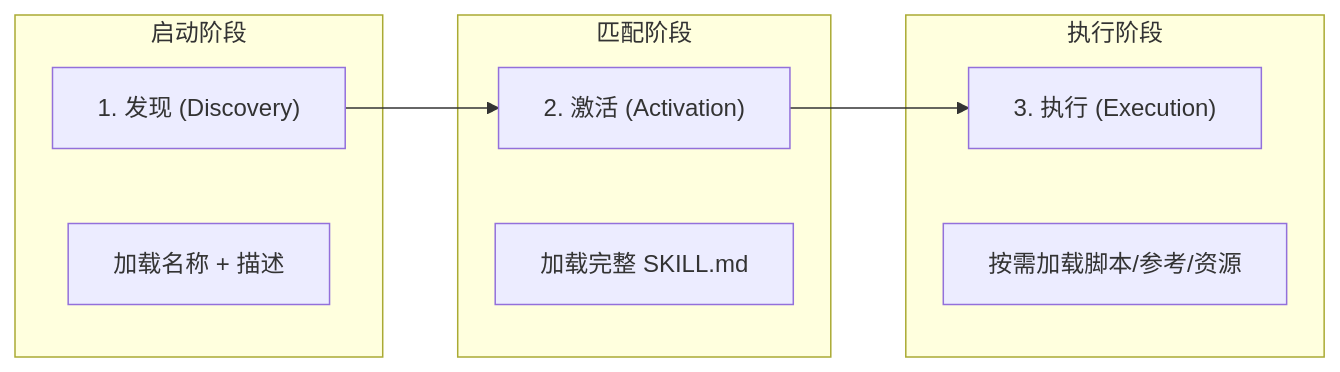
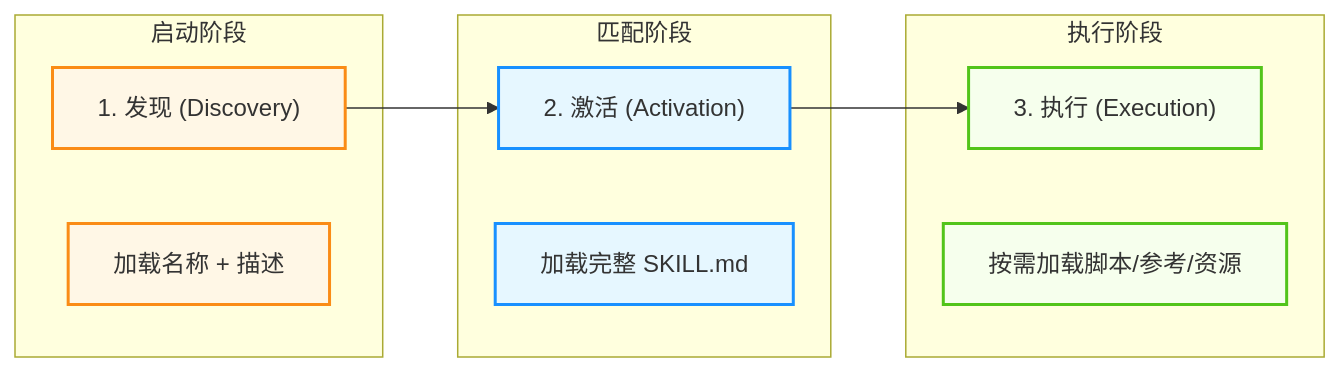
The first of 3 diagrams in 04_tools/4.4_skills.md (yeasy/agentic_ai_guide), drawn with Mermaid before and after one commit. The commit also changed other lines of this file and 36 other files, not shown here.

````diff
--- a/04_tools/4.4_skills.md
+++ b/04_tools/4.4_skills.md
@@ -24,19 +24,31 @@
 ```mermaid
 flowchart LR
+    %% Agentic Design System
+    classDef agent fill:#e6f7ff,stroke:#1890ff,stroke-width:2px;
+    classDef tool fill:#f6ffed,stroke:#52c41a,stroke-width:2px;
+    classDef user fill:#fff7e6,stroke:#fa8c16,stroke-width:2px;
+
     a["1. 发现 (Discovery)"] --> b["2. 激活 (Activation)"] --> c["3. 执行 (Execution)"]
     
     subgraph discovery ["启动阶段"]
         a
         d["加载名称 + 描述"]
     end
     
     subgraph activation ["匹配阶段"]
         b
         e["加载完整 SKILL.md"]
     end
     
     subgraph execution ["执行阶段"]
         c
         f["按需加载脚本/参考/资源"]
     end
+    
+    class a user;
+    class b agent;
+    class c tool;
+    class d user;
+    class e agent;
+    class f tool;
 ```
````
